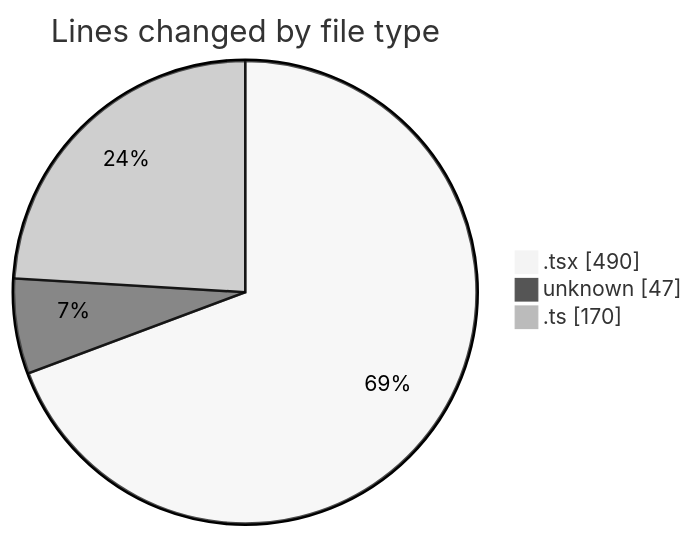
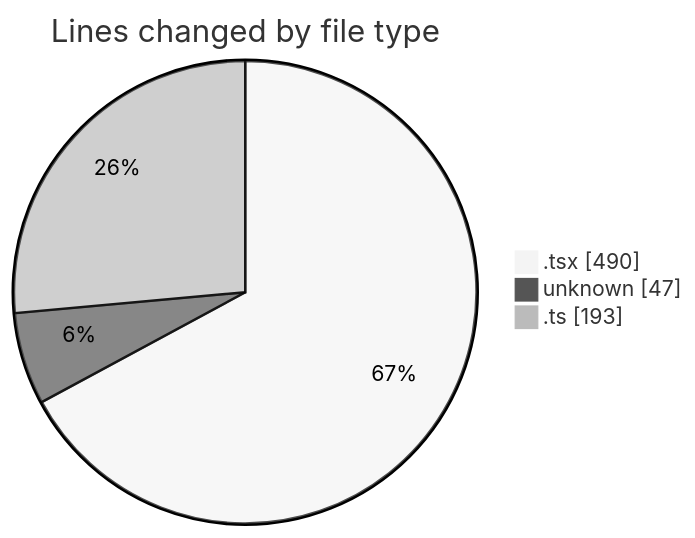
The first of 2 diagrams in 2025-09-18/cda/README.md (momahboobian/code-tracking), drawn with Mermaid (neutral theme) before and after one commit. The commit also changed other lines of this file and 1 other file, not shown here.

````diff
--- a/2025-09-18/cda/README.md
+++ b/2025-09-18/cda/README.md
@@ -24,7 +24,7 @@
 ```mermaid
 pie showData
 title Lines changed by file type
 ".tsx" : 490
 "unknown" : 47
-".ts" : 170
+".ts" : 193
 ```
````
